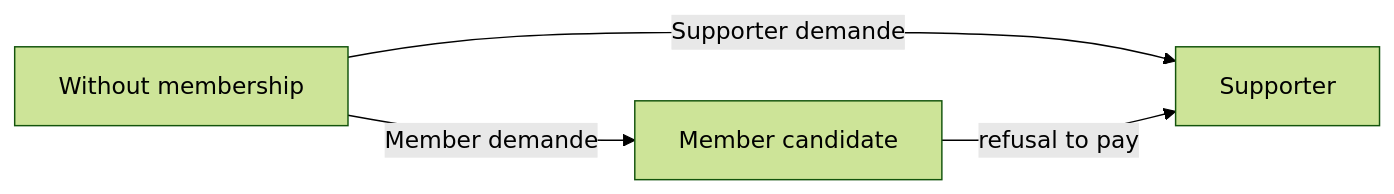
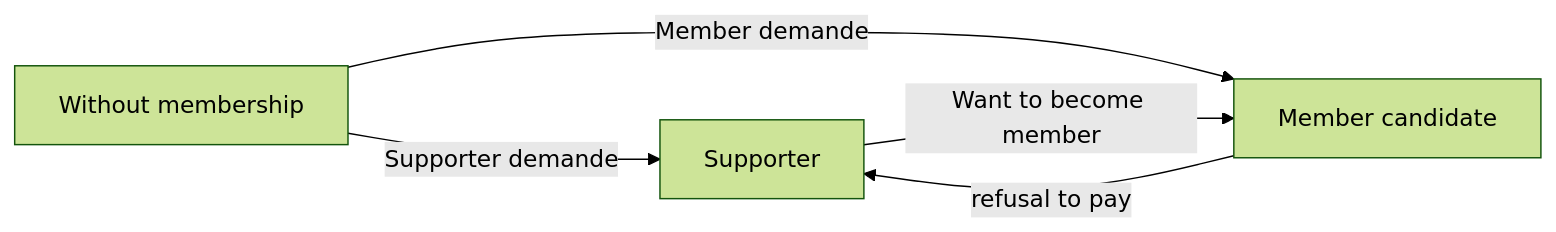
One commit to mozaik-association/mozaik changed the diagram in docs/Contacts Module.md. Above: the diagram before and after it, drawn with Mermaid (forest theme).

Commit message:
diagram update

````diff
--- a/docs/Contacts Module.md
+++ b/docs/Contacts Module.md
@@ -218,6 +218,8 @@
 ``` mermaid
 graph LR
   A[Without membership] -->|Supporter demande| B[Supporter];
   A -->|Member demande| C[Member candidate];
   C -->|refusal to pay| B;
+  B --> |Want to become member| C;
+  
 ```
````
